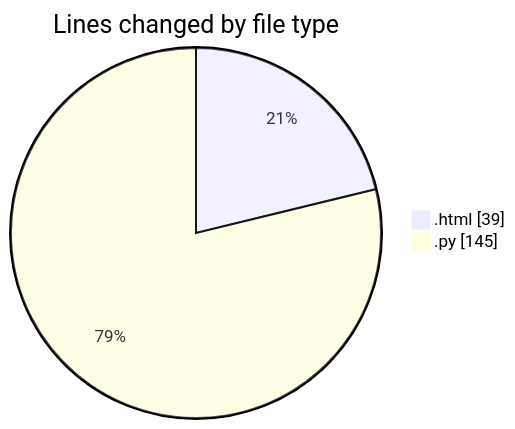
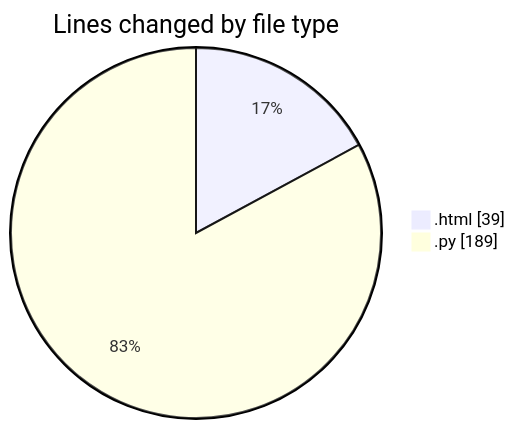
One commit to Ritupan-Deka/code-tracking changed the first of 2 diagrams in 2025-06-22/___base/README.md. Above: the diagram before and after it, drawn with Mermaid. The commit also changed other lines of this file and 1 other file, not shown here.

````diff
--- a/2025-06-22/___base/README.md
+++ b/2025-06-22/___base/README.md
@@ -21,6 +21,6 @@
 ```mermaid
 pie showData
 title Lines changed by file type
 ".html" : 39
-".py" : 145
+".py" : 189
 ```
````
